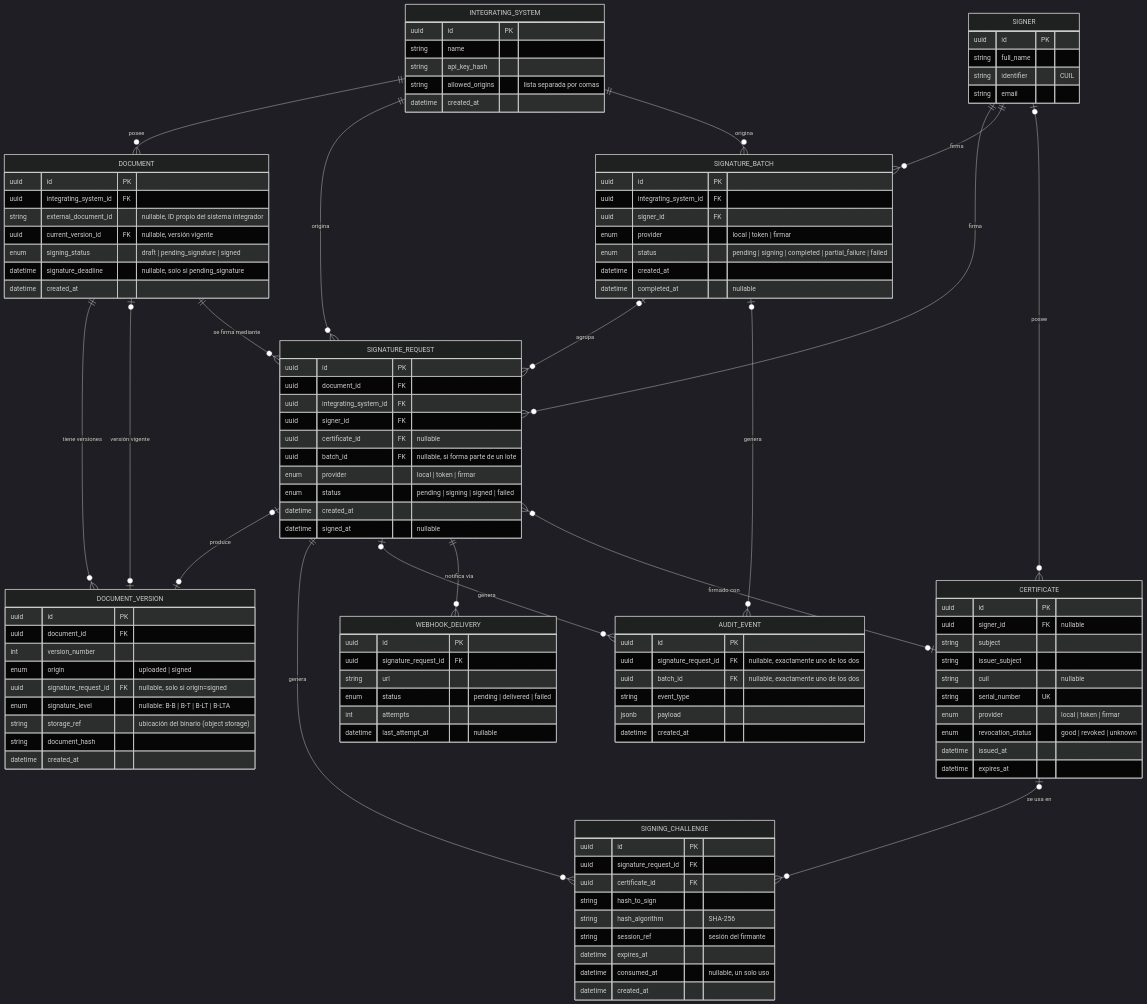
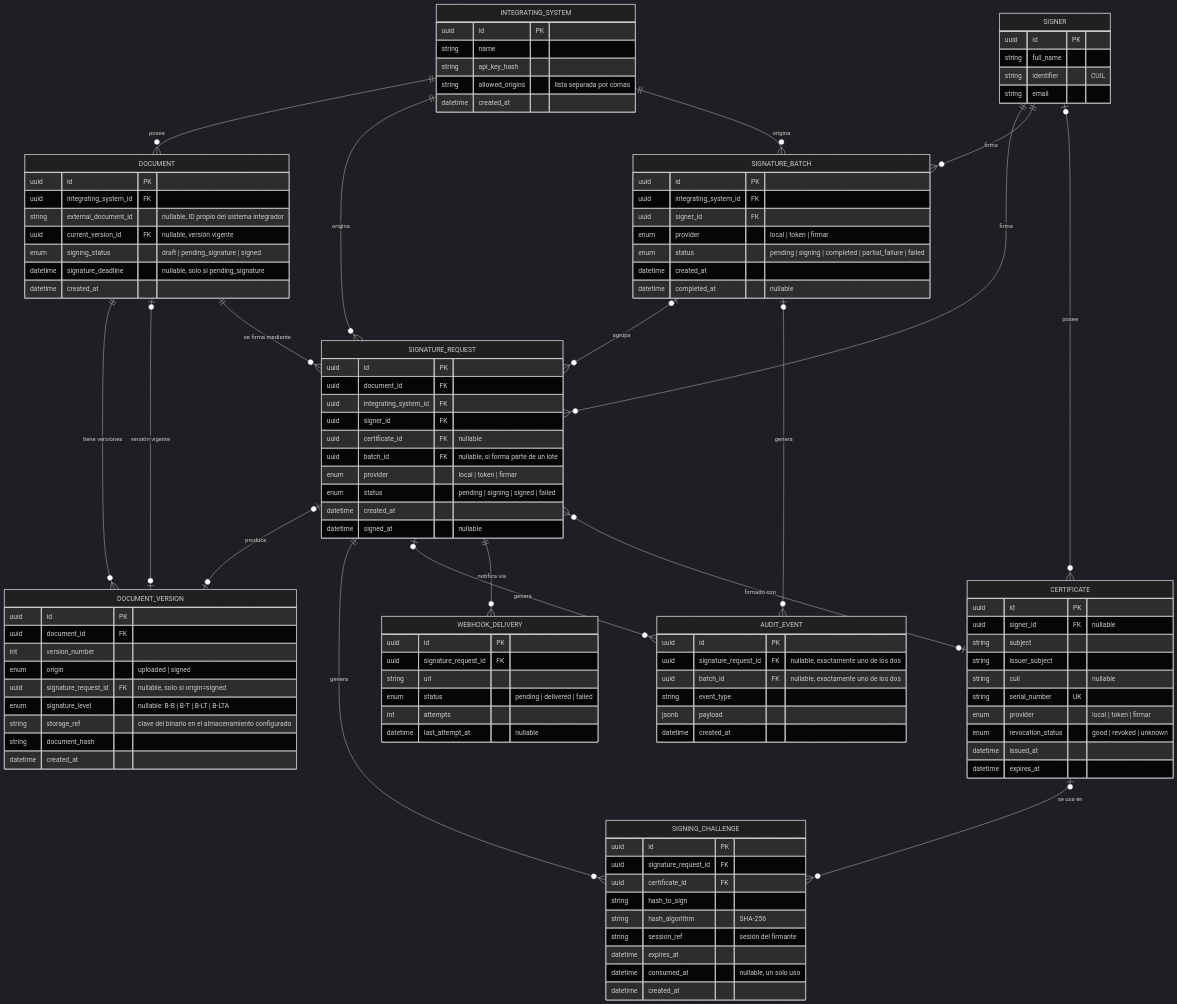
The third of 3 diagrams in README.md (aflorenciacabrera/AI4Devs-finalproject-temp), drawn with Mermaid (dark theme) before and after one commit. The commit also changed other lines of this file and 8 other files, not shown here.

```diff
--- a/README.md
+++ b/README.md
@@ -414,7 +419,7 @@
         enum origin "uploaded | signed"
         uuid signature_request_id FK "nullable, solo si origin=signed"
         enum signature_level "nullable: B-B | B-T | B-LT | B-LTA"
-        string storage_ref "ubicación del binario (object storage)"
+        string storage_ref "clave del binario en el almacenamiento configurado"
         string document_hash
         datetime created_at
     }
```
